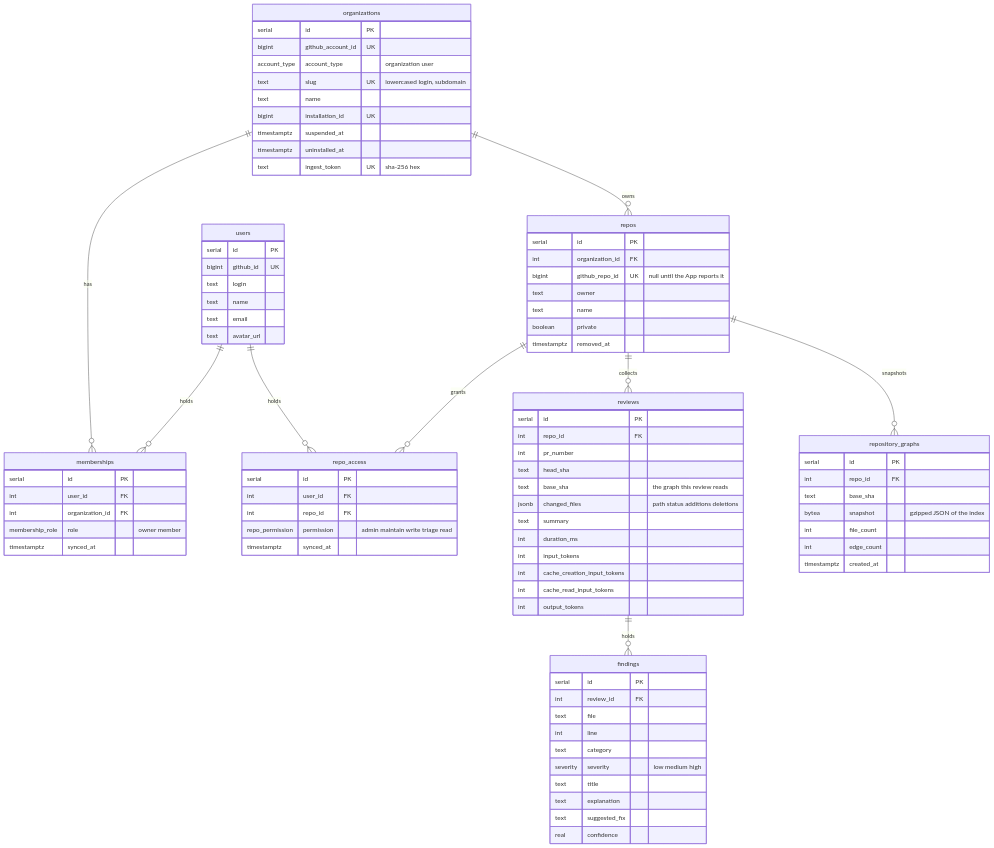
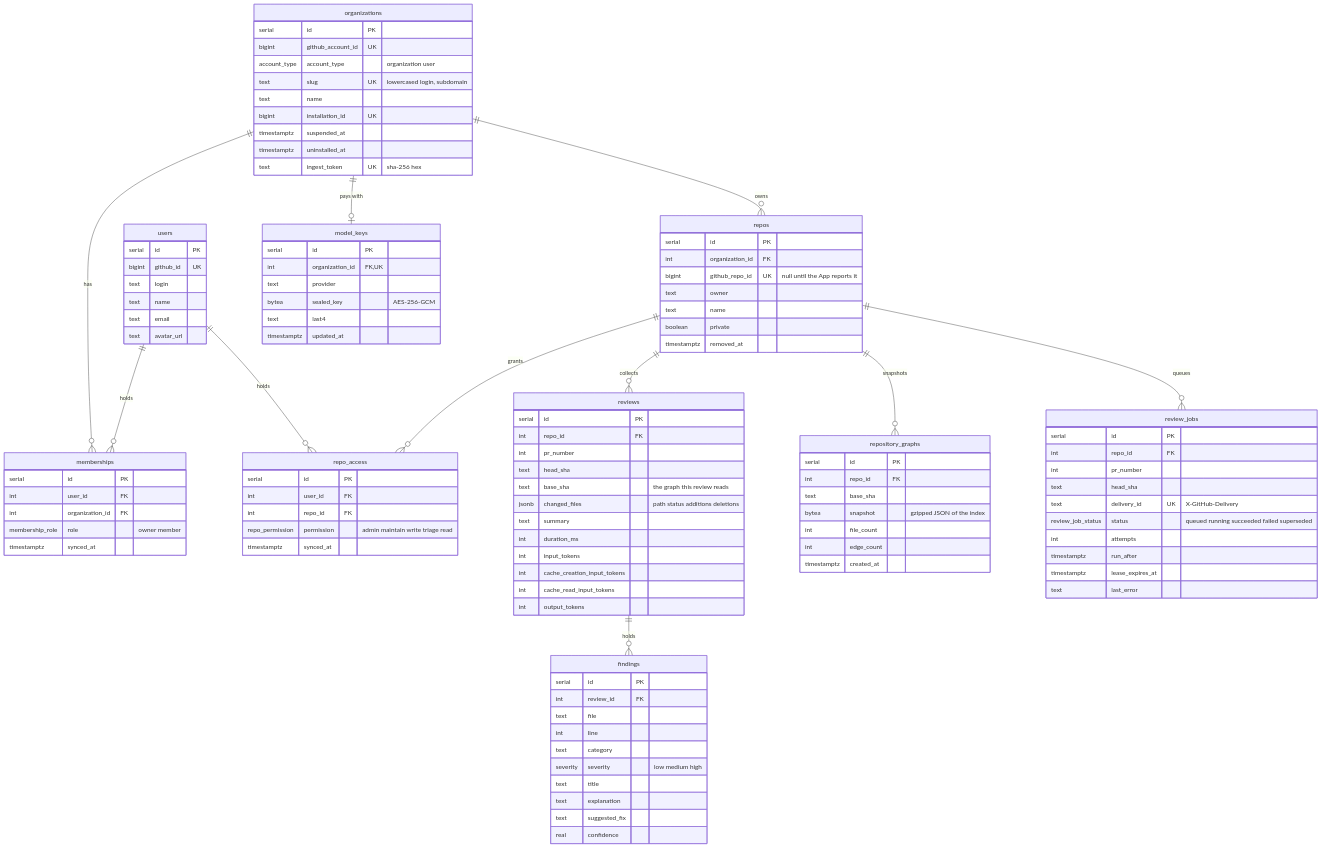
The diagram in packages/db/README.md (sunnyeyles/lintcat), drawn with Mermaid before and after one commit. The commit also changed other lines of this file, not shown here.

Commit message:
Describe model_keys and review_jobs in the db README

```diff
--- a/packages/db/README.md
+++ b/packages/db/README.md
@@ -13,6 +13,8 @@
   repos ||--o{ reviews : "collects"
   repos ||--o{ repository_graphs : "snapshots"
   reviews ||--o{ findings : "holds"
+  organizations ||--o| model_keys : "pays with"
+  repos ||--o{ review_jobs : "queues"
 
   users {
     serial id PK
@@ -79,6 +81,26 @@
     int edge_count
     timestamptz created_at
   }
+  model_keys {
+    serial id PK
+    int organization_id FK,UK
+    text provider
+    bytea sealed_key "AES-256-GCM"
+    text last4
+    timestamptz updated_at
+  }
+  review_jobs {
+    serial id PK
+    int repo_id FK
+    int pr_number
+    text head_sha
+    text delivery_id UK "X-GitHub-Delivery"
+    review_job_status status "queued running succeeded failed superseded"
+    int attempts
+    timestamptz run_after
+    timestamptz lease_expires_at
+    text last_error
+  }
   findings {
     serial id PK
     int review_id FK
```
